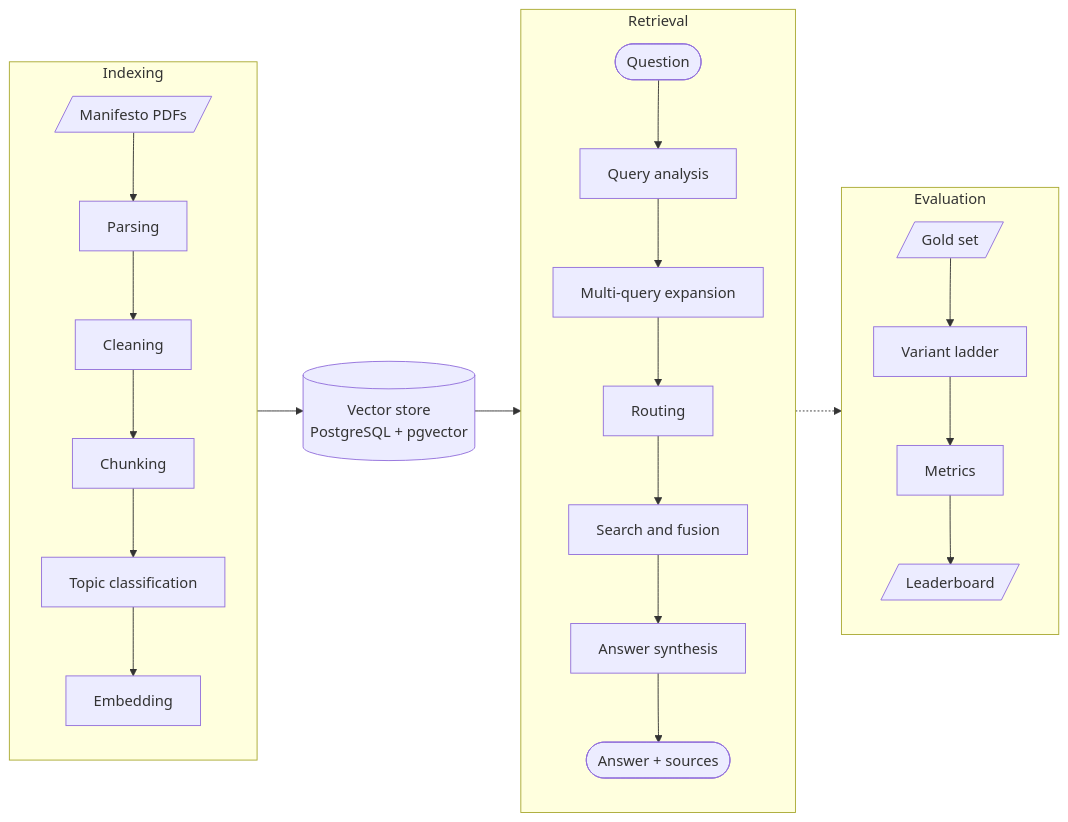
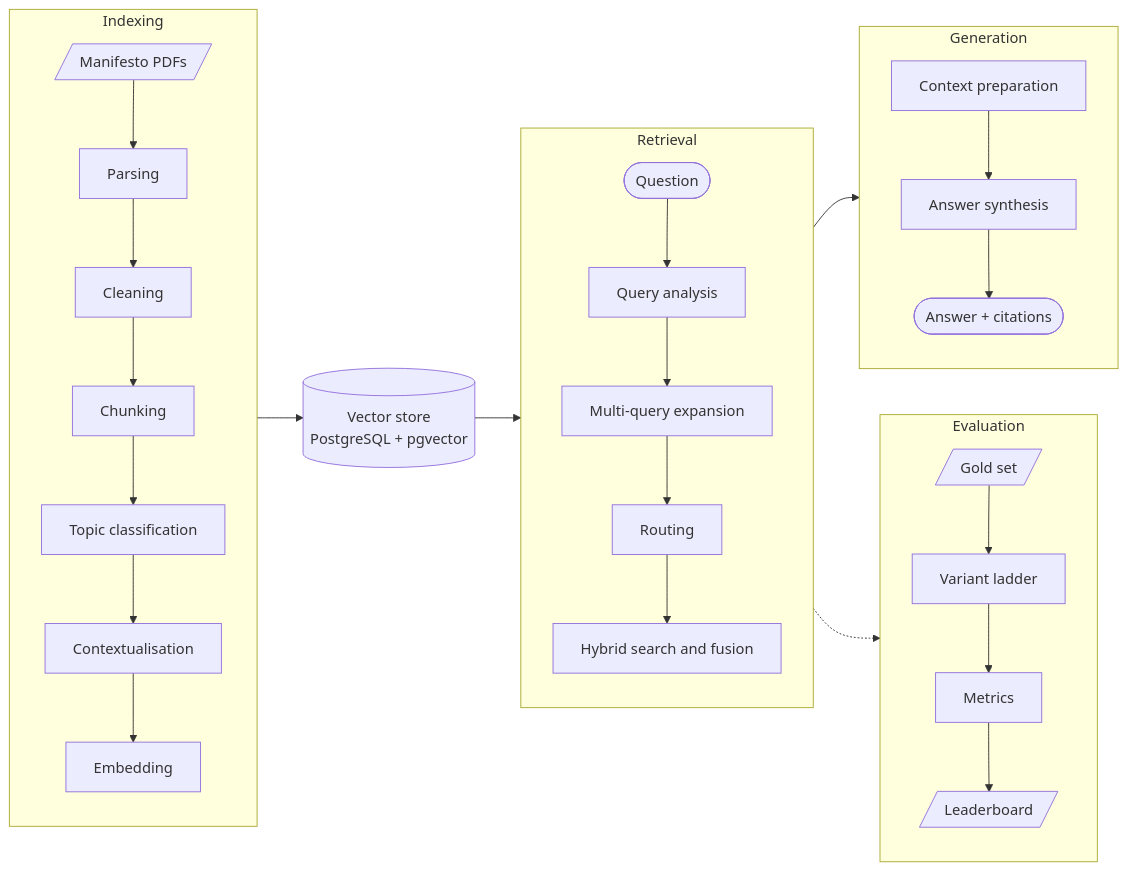
Before and after one commit to afonsoni/thesis: the first of 5 diagrams in docs/architecture.md, drawn with Mermaid. The commit also changed other lines of this file and 6 other files, not shown here.

First line of the commit message:
docs(architecture): bring the diagrams up to date with the pipeline

````diff
--- a/docs/architecture.md
+++ b/docs/architecture.md
@@ -26,22 +25,27 @@
 ```mermaid
 flowchart LR
     subgraph IDX["Indexing"]
         direction TB
-        I1[/"Manifesto PDFs"/] --> I2["Parsing"] --> I3["Cleaning"] --> I4["Chunking"] --> I5["Topic classification"] --> I6["Embedding"]
+        I1[/"Manifesto PDFs"/] --> I2["Parsing"] --> I3["Cleaning"] --> I4["Chunking"] --> I5["Topic classification"] --> I6["Contextualisation"] --> I7["Embedding"]
     end
 
     VS[("Vector store<br/>PostgreSQL + pgvector")]
 
-    subgraph QT["Retrieval"]
+    subgraph RET["Retrieval"]
         direction TB
-        Q1(["Question"]) --> Q2["Query analysis"] --> Q3["Multi-query expansion"] --> Q4["Routing"] --> Q5["Search and fusion"] --> Q6["Answer synthesis"] --> Q7(["Answer + sources"])
+        Q1(["Question"]) --> Q2["Query analysis"] --> Q3["Multi-query expansion"] --> Q4["Routing"] --> Q5["Hybrid search and fusion"]
+    end
+
+    subgraph GEN["Generation"]
+        direction TB
+        G1["Context preparation"] --> G2["Answer synthesis"] --> G3(["Answer + citations"])
     end
 
     subgraph EV["Evaluation"]
         direction TB
         E1[/"Gold set"/] --> E2["Variant ladder"] --> E3["Metrics"] --> E4[/"Leaderboard"/]
     end
 
-    IDX --> VS --> QT
-    QT -.-> EV
+    IDX --> VS --> RET --> GEN
+    RET -.-> EV
 ```
````
